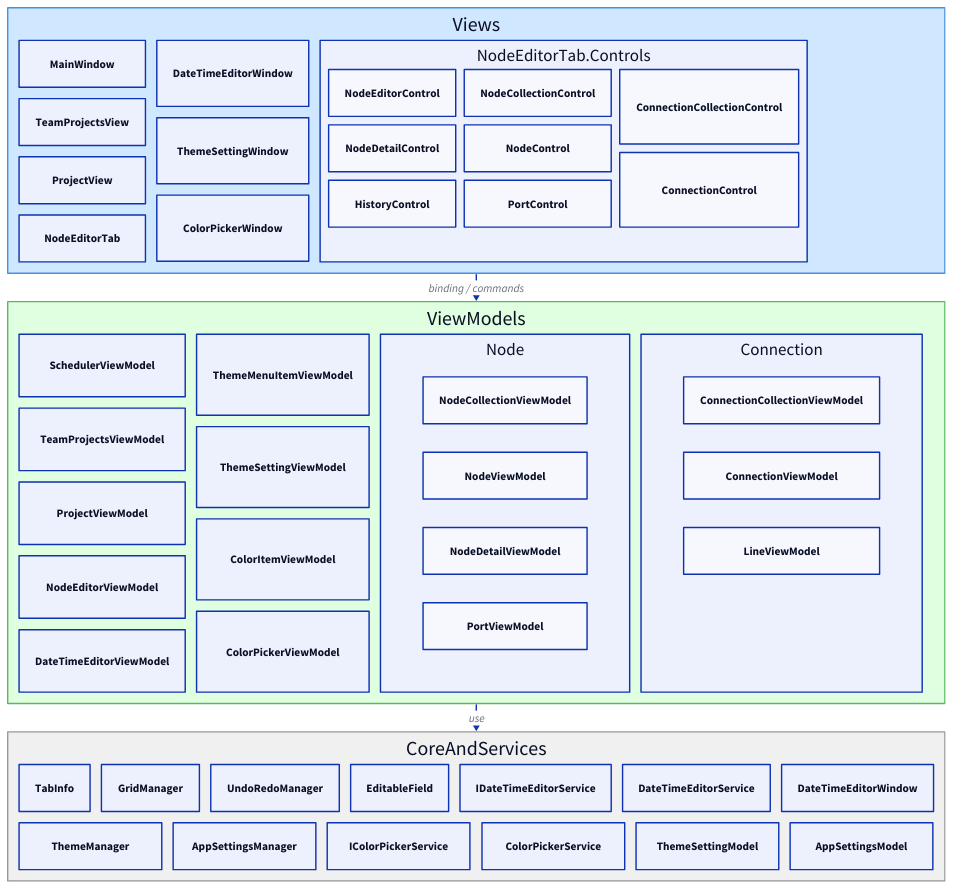
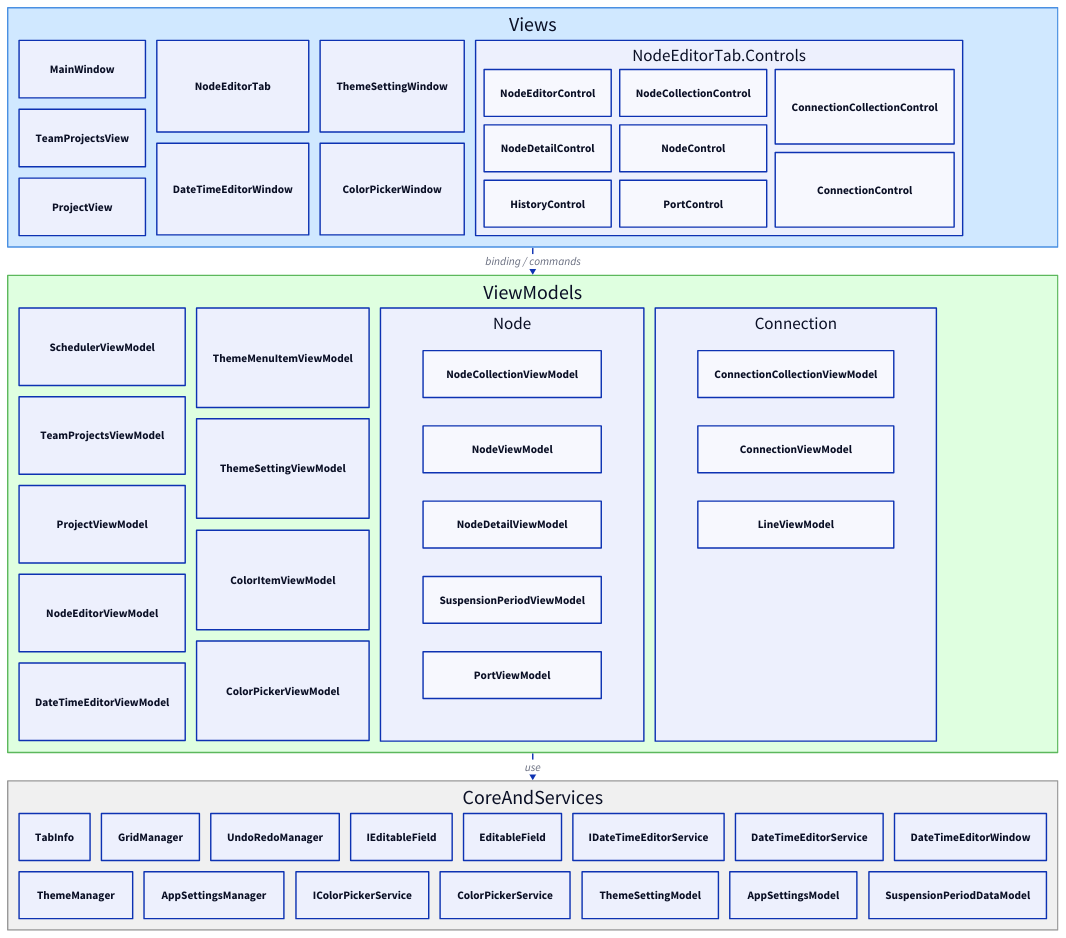
Before and after one commit to WhiteCatMonar/WcmScheduler: the first of 5 diagrams in documentation/task_editor_spec.md, drawn with D2. The commit also changed other lines of this file and 11 other files, not shown here.

```diff
--- a/documentation/task_editor_spec.md
+++ b/documentation/task_editor_spec.md
@@ -104,7 +154,7 @@
 views: Views {
   style.fill: "#D0E8FF"
   style.stroke: "#4A90E2"
-  grid-columns: 3
+  grid-columns: 4
   grid-gap: 16
 
   MainWindow
@@ -147,10 +197,11 @@
   ColorPickerViewModel
 
   node: Node {
-    grid-rows: 4
+    grid-rows: 5
     NodeCollectionViewModel
     NodeViewModel
     NodeDetailViewModel
+    SuspensionPeriodViewModel
     PortViewModel
   }
 
@@ -171,6 +222,7 @@
   TabInfo
   GridManager
   UndoRedoManager
+  IEditableField
   EditableField
   IDateTimeEditorService
   DateTimeEditorService
@@ -181,6 +233,7 @@
   ColorPickerService
   ThemeSettingModel
   AppSettingsModel
+  SuspensionPeriodDataModel
 }
 
 views -> viewmodels: binding / commands
```
